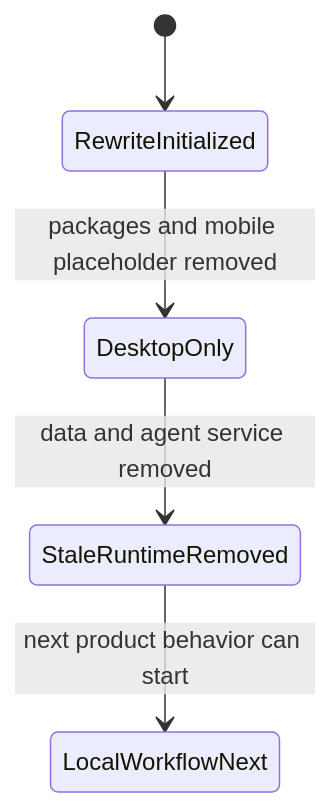
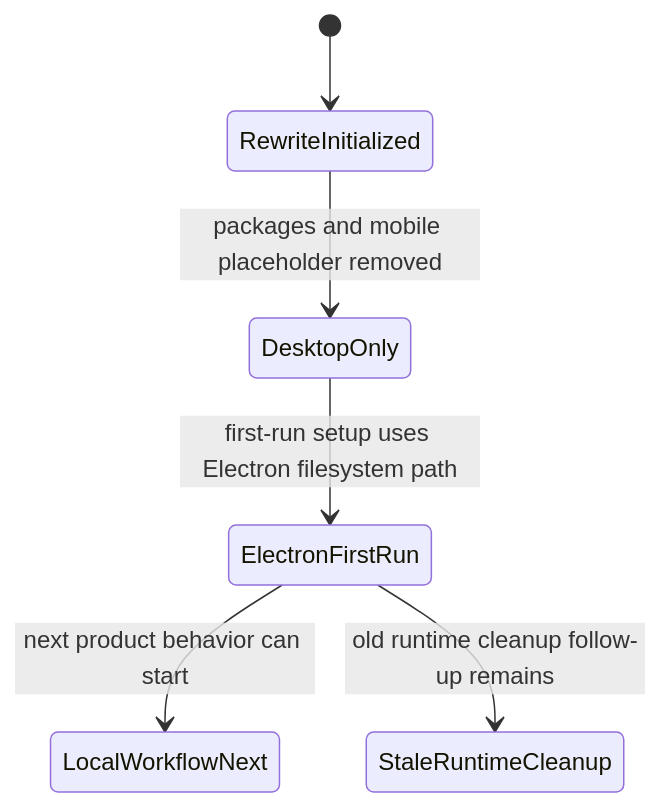
Before and after one commit to deweyou/weave: the diagram in docs/.state.md, drawn with Mermaid. The commit also changed other lines of this file and 1 other file, not shown here.

Commit message:
docs: clarify current electron runtime state

````diff
--- a/docs/.state.md
+++ b/docs/.state.md
@@ -3,7 +3,8 @@
 ```mermaid
 stateDiagram-v2
     [*] --> RewriteInitialized
     RewriteInitialized --> DesktopOnly: packages and mobile placeholder removed
-    DesktopOnly --> StaleRuntimeRemoved: data and agent service removed
-    StaleRuntimeRemoved --> LocalWorkflowNext: next product behavior can start
+    DesktopOnly --> ElectronFirstRun: first-run setup uses Electron filesystem path
+    ElectronFirstRun --> LocalWorkflowNext: next product behavior can start
+    ElectronFirstRun --> StaleRuntimeCleanup: old runtime cleanup follow-up remains
 ```
````
